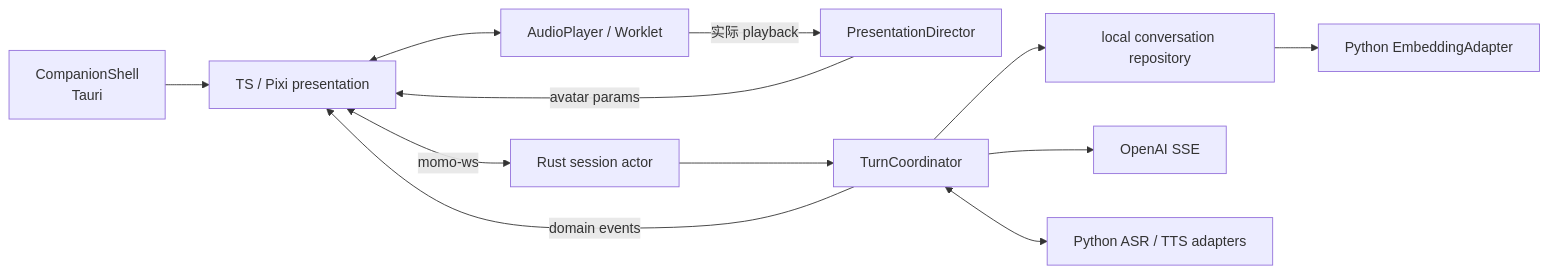
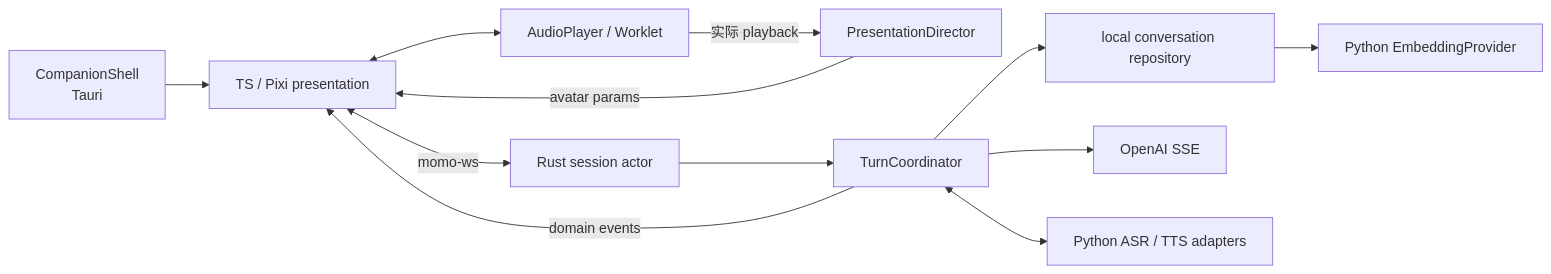
The first of 2 diagrams in docs/02-repos/momo-app.md (Momoyeyu/momo), drawn with Mermaid before and after one commit. The commit also changed 36 other files, not shown here.

````diff
--- a/docs/02-repos/momo-app.md
+++ b/docs/02-repos/momo-app.md
@@ -26,14 +26,14 @@
 ```mermaid
 flowchart LR
     SHELL["CompanionShell<br/>Tauri"] --> UI["TS / Pixi presentation"]
     UI <--> AUDIO["AudioPlayer / Worklet"]
     AUDIO -->|"实际 playback"| PRESENT["PresentationDirector"]
     PRESENT -->|"avatar params"| UI
     UI <-->|"momo-ws"| ACTOR["Rust session actor"]
     ACTOR --> TURN["TurnCoordinator"]
     TURN -->|"domain events"| UI
     TURN --> REPO["local conversation repository"]
-    REPO --> EMBED["Python EmbeddingAdapter"]
+    REPO --> EMBED["Python EmbeddingProvider"]
     TURN --> LLM["OpenAI SSE"]
     TURN <--> MODELS["Python ASR / TTS adapters"]
 ```
````
